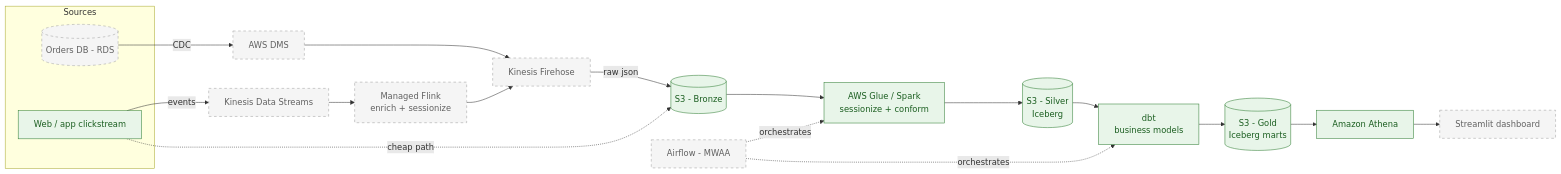
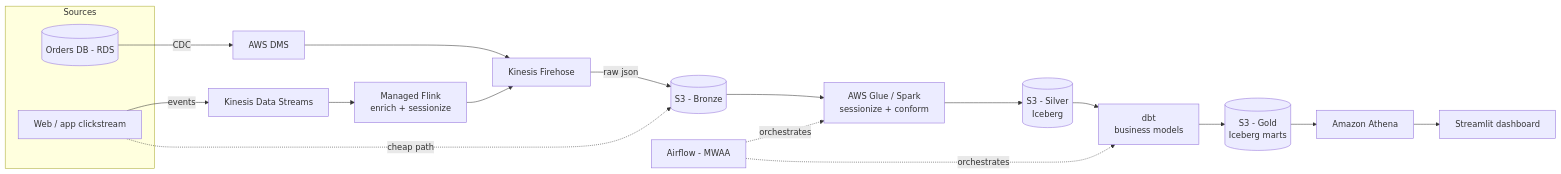
Before and after one commit to MoisesEspinozaEs/aws-ecommerce-lakehouse: the diagram in README.md, drawn with Mermaid. The commit also changed other lines of this file and 2 other files, not shown here.

First line of the commit message:
docs: add new architecture diagram and update README reference

````diff
--- a/README.md
+++ b/README.md
@@ -59,33 +64,28 @@
 ```mermaid
 flowchart LR
     subgraph Sources
         A[Web / app clickstream]
         B[(Orders DB - RDS)]
     end
 
     A -->|events| K[Kinesis Data Streams]
     B -->|CDC| DMS[AWS DMS]
 
     K --> F[Managed Flink<br/>enrich + sessionize]
     DMS --> FH[Kinesis Firehose]
     F --> FH
 
     FH -->|raw json| S3B[(S3 - Bronze)]
     A -.cheap path.-> S3B
 
     S3B --> G[AWS Glue / Spark<br/>sessionize + conform]
     G --> S3S[(S3 - Silver<br/>Iceberg)]
     S3S --> D[dbt<br/>business models]
     D --> S3G[(S3 - Gold<br/>Iceberg marts)]
 
     S3G --> AT[Amazon Athena]
     AT --> BI[Streamlit dashboard]
 
     MWAA[Airflow - MWAA] -.orchestrates.-> G
     MWAA -.orchestrates.-> D
-
-    classDef deployed fill:#e8f5e9,stroke:#2e7d32,color:#1b5e20;
-    classDef reference fill:#f5f5f5,stroke:#9e9e9e,stroke-dasharray:5 5,color:#616161;
-    class A,S3B,G,S3S,D,S3G,AT deployed;
-    class B,K,DMS,F,FH,MWAA,BI reference;
 ```
````
